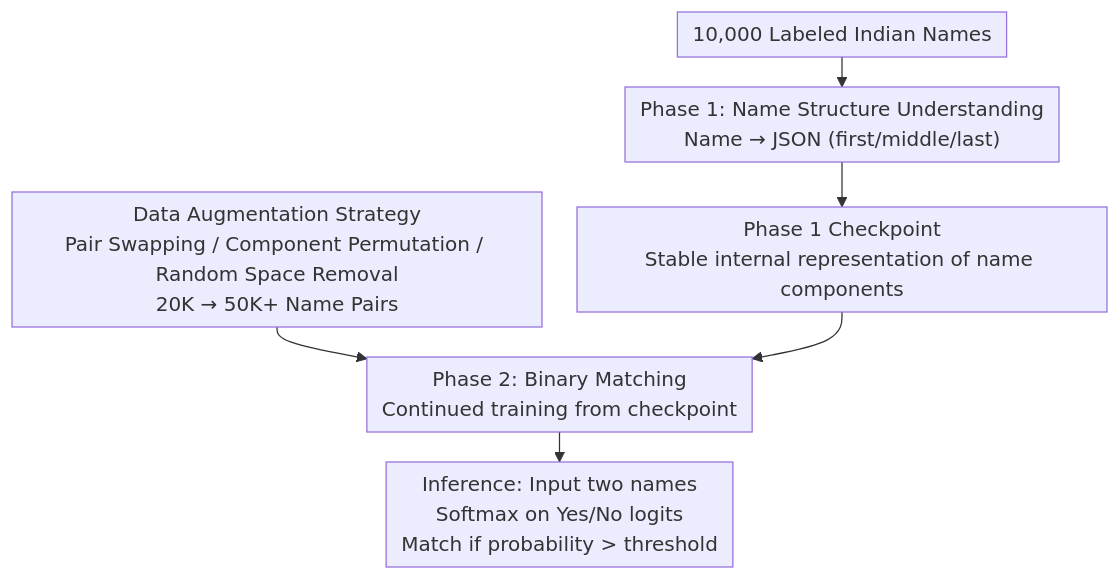
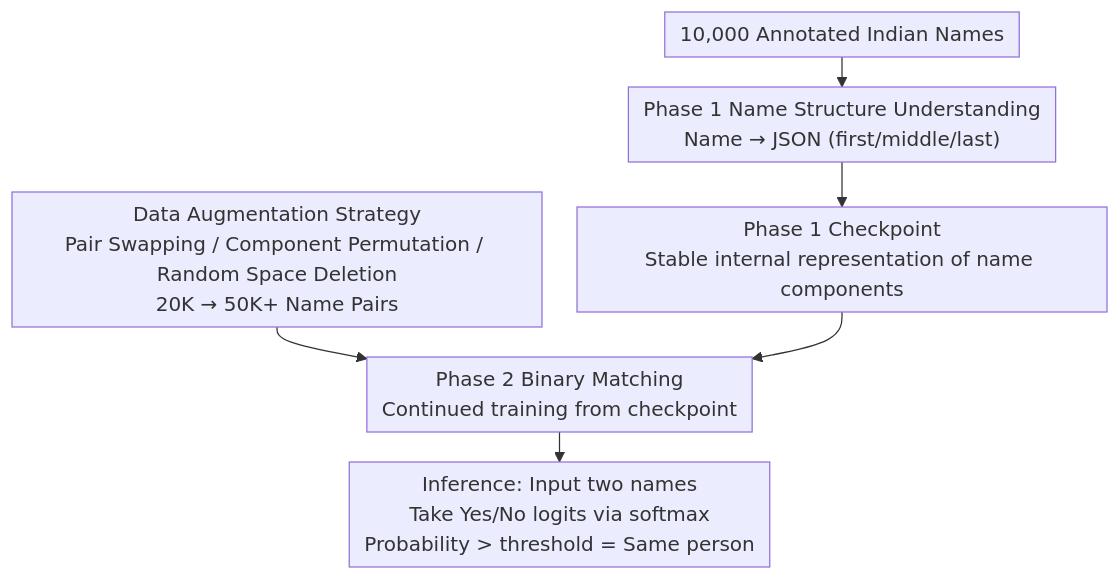
Before and after one commit to zhaoyang97/Paper-Notes-en: the diagram in docs/ACL2026/multilingual_mt/structure-guided_entity_resolution_fine-tuning_llms_for_robust_name_matching_in_.md, drawn with Mermaid. The commit also changed other lines of this file and 5084 other files, not shown here.

````diff
--- a/docs/ACL2026/multilingual_mt/structure-guided_entity_resolution_fine-tuning_llms_for_robust_name_matching_in_.md
+++ b/docs/ACL2026/multilingual_mt/structure-guided_entity_resolution_fine-tuning_llms_for_robust_name_matching_in_.md
@@ -35,9 +35,9 @@
 ```mermaid
 %%{init: {'flowchart': {'rankSpacing': 24, 'nodeSpacing': 28, 'padding': 6, 'wrappingWidth': 400}}}%%
 flowchart TD
-    D1["10,000 Labeled Indian Names"] --> P1["Phase 1: Name Structure Understanding<br/>Name → JSON (first/middle/last)"]
+    D1["10,000 Annotated Indian Names"] --> P1["Phase 1 Name Structure Understanding<br/>Name → JSON (first/middle/last)"]
     P1 --> CKPT["Phase 1 Checkpoint<br/>Stable internal representation of name components"]
-    AUG["Data Augmentation Strategy<br/>Pair Swapping / Component Permutation / Random Space Removal<br/>20K → 50K+ Name Pairs"] --> P2
-    CKPT --> P2["Phase 2: Binary Matching<br/>Continued training from checkpoint"]
-    P2 --> INF["Inference: Input two names<br/>Softmax on Yes/No logits<br/>Match if probability > threshold"]
+    AUG["Data Augmentation Strategy<br/>Pair Swapping / Component Permutation / Random Space Deletion<br/>20K → 50K+ Name Pairs"] --> P2
+    CKPT --> P2["Phase 2 Binary Matching<br/>Continued training from checkpoint"]
+    P2 --> INF["Inference: Input two names<br/>Take Yes/No logits via softmax<br/>Probability > threshold = Same person"]
 ```
````
